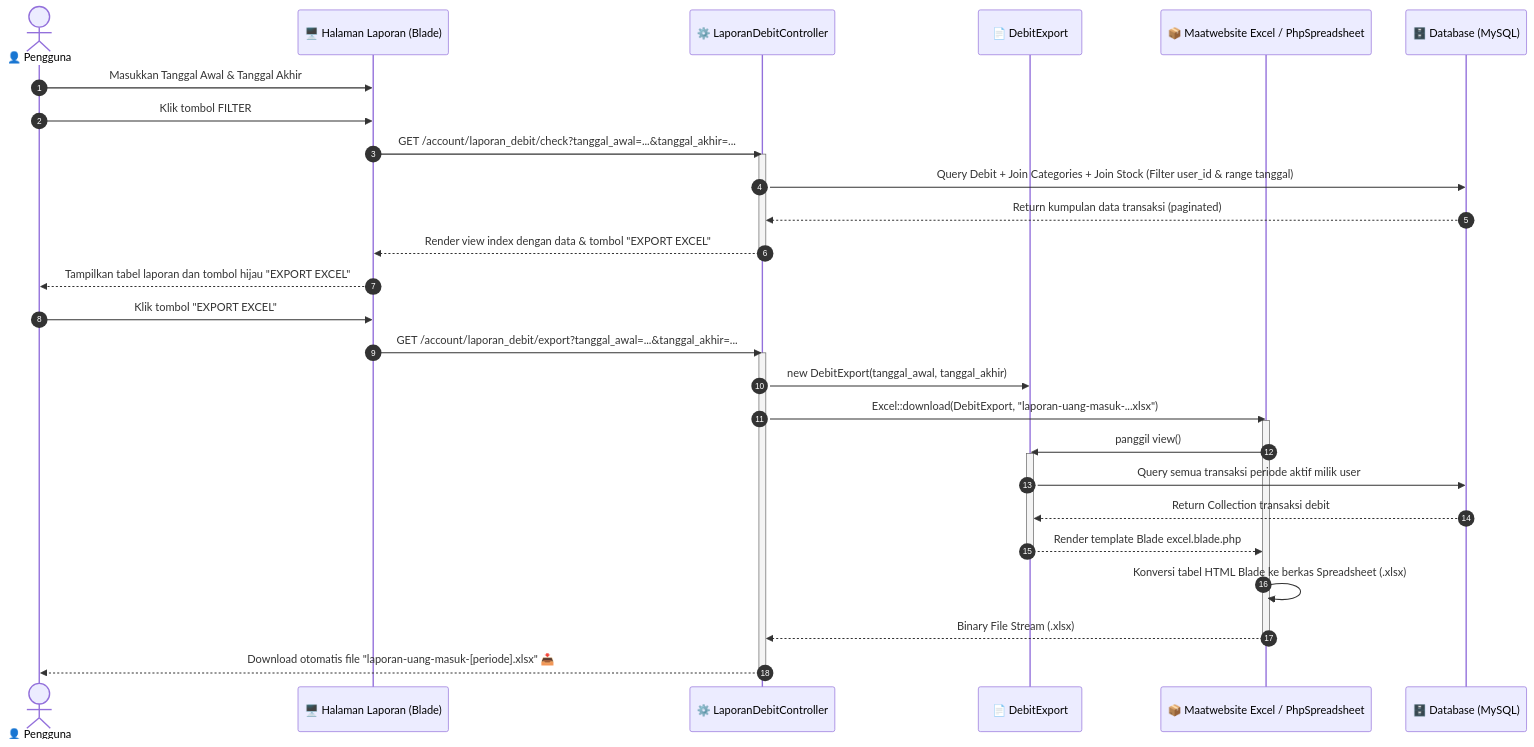
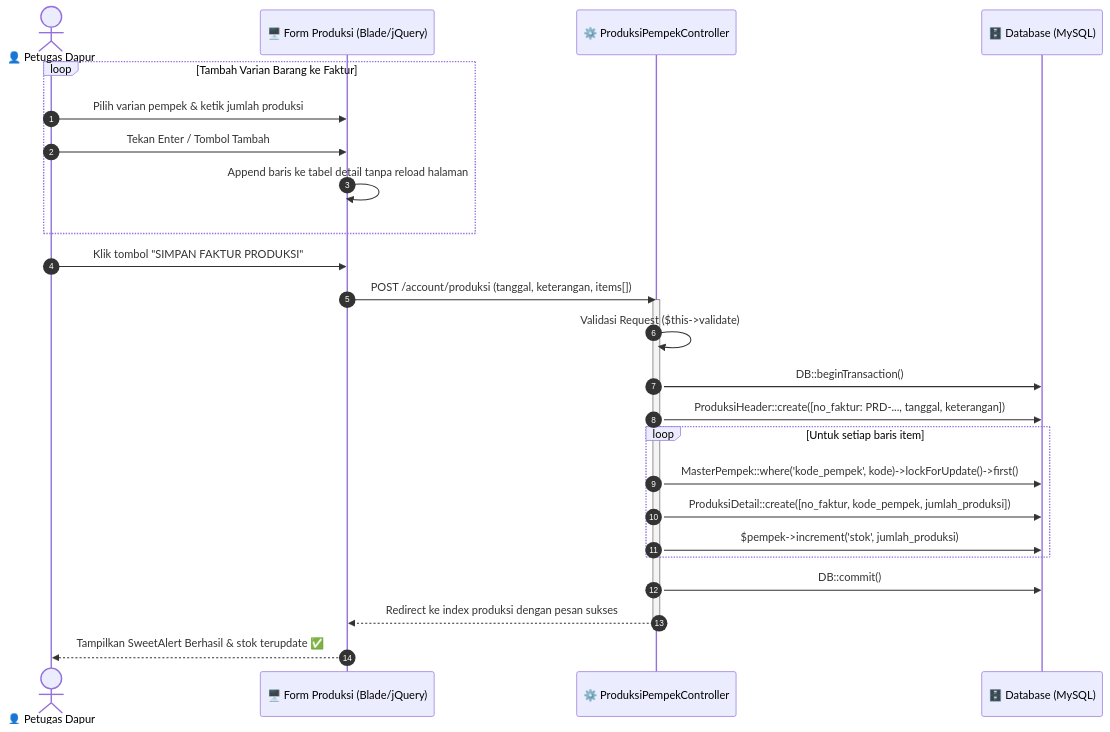
Before and after one commit to yogamaulana11/manajemen-usaha: the fifth of 6 diagrams in docs/UML_DIAGRAM.md, drawn with Mermaid. The commit also changed other lines of this file, not shown here.

Commit message:
docs: perbarui dokumentasi diagram UML dengan modul inventaris dan kasir pempek

````diff
--- a/docs/UML_DIAGRAM.md
+++ b/docs/UML_DIAGRAM.md
@@ -347,40 +359,32 @@
 ```mermaid
 sequenceDiagram
     autonumber
-    actor Pengguna as 👤 Pengguna
-    participant View as 🖥️ Halaman Laporan (Blade)
-    participant Ctrl as ⚙️ LaporanDebitController
-    participant Export as 📄 DebitExport
-    participant ExcelLib as 📦 Maatwebsite Excel / PhpSpreadsheet
+    actor Dapur as 👤 Petugas Dapur
+    participant View as 🖥️ Form Produksi (Blade/jQuery)
+    participant Ctrl as ⚙️ ProduksiPempekController
     participant DB as 🗄️ Database (MySQL)
 
-    %% Fase 1: Filter
-    Pengguna->>View: Masukkan Tanggal Awal & Tanggal Akhir
-    Pengguna->>View: Klik tombol FILTER
-    View->>Ctrl: GET /account/laporan_debit/check?tanggal_awal=...&tanggal_akhir=...
+    loop Tambah Varian Barang ke Faktur
+        Dapur->>View: Pilih varian pempek & ketik jumlah produksi
+        Dapur->>View: Tekan Enter / Tombol Tambah
+        View->>View: Append baris ke tabel detail tanpa reload halaman
+    end
+
+    Dapur->>View: Klik tombol "SIMPAN FAKTUR PRODUKSI"
+    View->>Ctrl: POST /account/produksi (tanggal, keterangan, items[])
     activate Ctrl
-    Ctrl->>DB: Query Debit + Join Categories + Join Stock (Filter user_id & range tanggal)
-    DB-->>Ctrl: Return kumpulan data transaksi (paginated)
-    Ctrl-->>View: Render view index dengan data & tombol "EXPORT EXCEL"
+    Ctrl->>Ctrl: Validasi Request ($this->validate)
+    Ctrl->>DB: DB::beginTransaction()
+
+    Ctrl->>DB: ProduksiHeader::create([no_faktur: PRD-..., tanggal, keterangan])
+    loop Untuk setiap baris item
+        Ctrl->>DB: MasterPempek::where('kode_pempek', kode)->lockForUpdate()->first()
+        Ctrl->>DB: ProduksiDetail::create([no_faktur, kode_pempek, jumlah_produksi])
+        Ctrl->>DB: $pempek->increment('stok', jumlah_produksi)
+    end
+
+    Ctrl->>DB: DB::commit()
+    Ctrl-->>View: Redirect ke index produksi dengan pesan sukses
     deactivate Ctrl
-    View-->>Pengguna: Tampilkan tabel laporan dan tombol hijau "EXPORT EXCEL"
-
-    %% Fase 2: Export
-    Pengguna->>View: Klik tombol "EXPORT EXCEL"
-    View->>Ctrl: GET /account/laporan_debit/export?tanggal_awal=...&tanggal_akhir=...
-    activate Ctrl
-    Ctrl->>Export: new DebitExport(tanggal_awal, tanggal_akhir)
-    Ctrl->>ExcelLib: Excel::download(DebitExport, "laporan-uang-masuk-...xlsx")
-    activate ExcelLib
-    ExcelLib->>Export: panggil view()
-    activate Export
-    Export->>DB: Query semua transaksi periode aktif milik user
-    DB-->>Export: Return Collection transaksi debit
-    Export-->>ExcelLib: Render template Blade excel.blade.php
-    deactivate Export
-    ExcelLib->>ExcelLib: Konversi tabel HTML Blade ke berkas Spreadsheet (.xlsx)
-    ExcelLib-->>Ctrl: Binary File Stream (.xlsx)
-    deactivate ExcelLib
-    Ctrl-->>Pengguna: Download otomatis file "laporan-uang-masuk-[periode].xlsx" 📥
-    deactivate Ctrl
+    View-->>Dapur: Tampilkan SweetAlert Berhasil & stok terupdate ✅
 ```
````
